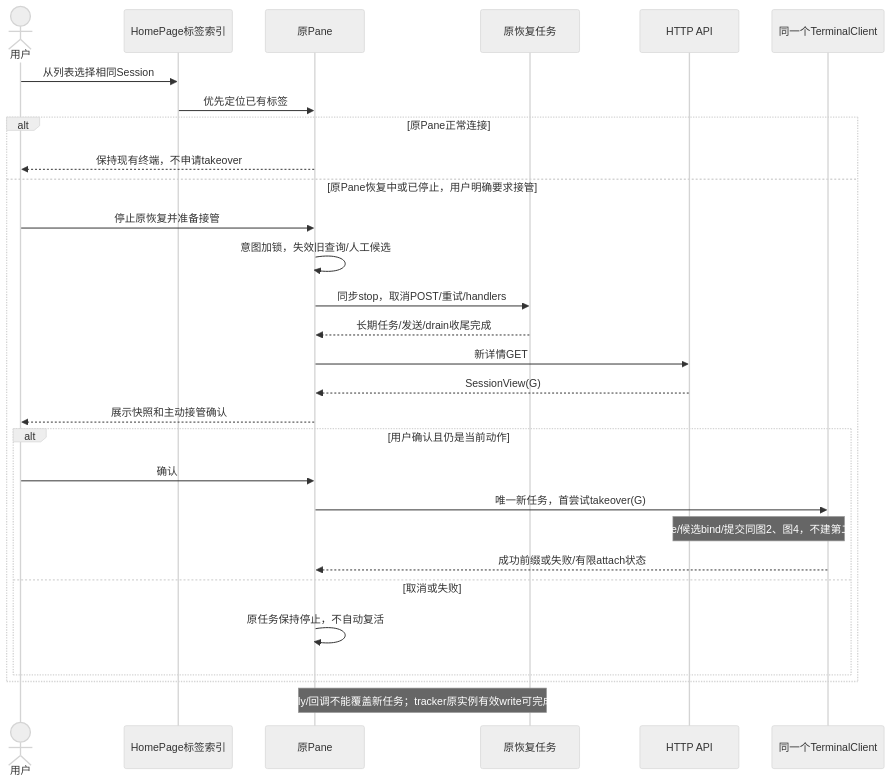
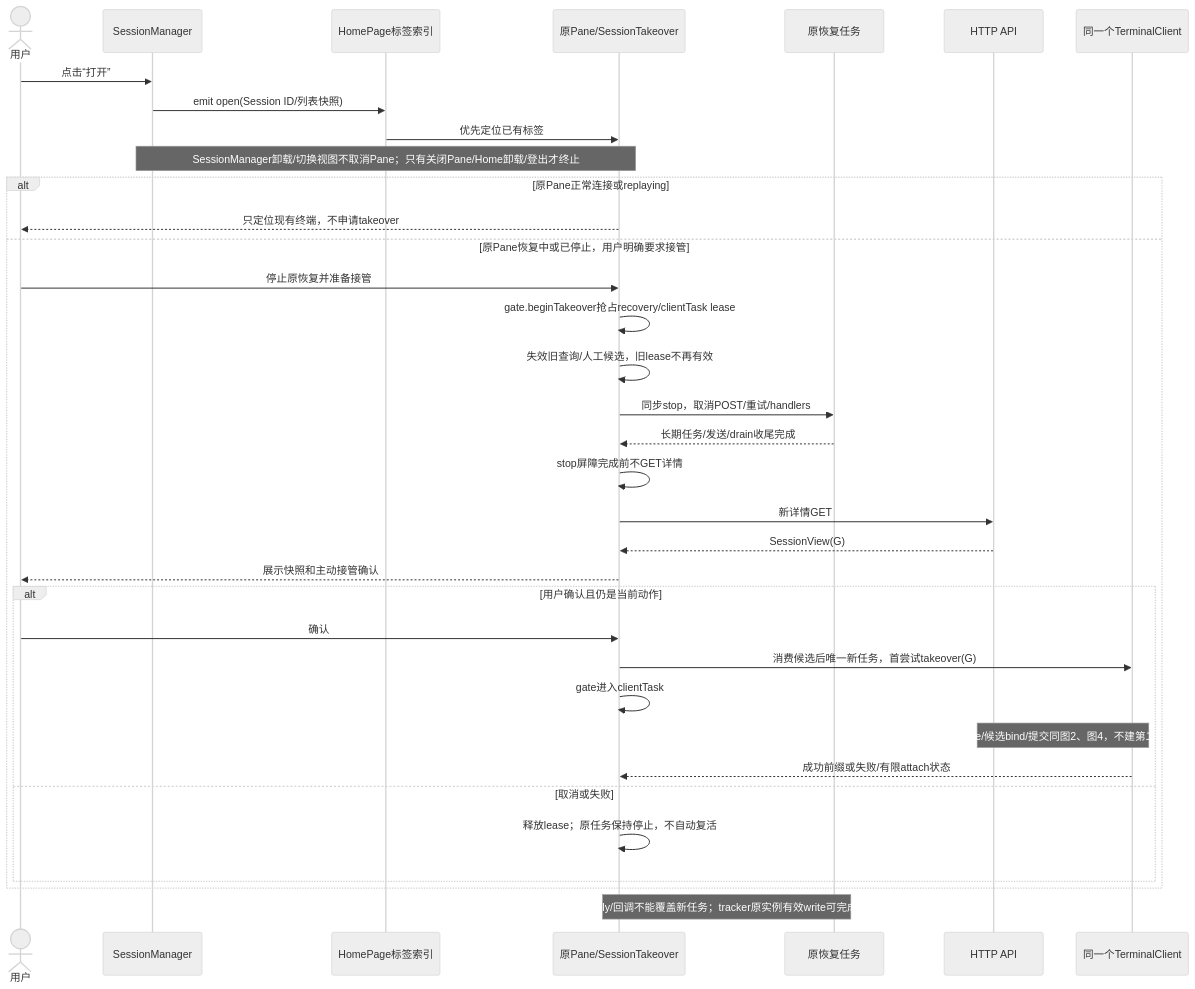
The third of 11 diagrams in doc/stage-5-implementation-plan.md (stearsc/web-ssh), drawn with Mermaid (neutral theme) before and after one commit. The commit also changed other lines of this file and 4 other files, not shown here.

````diff
--- a/doc/stage-5-implementation-plan.md
+++ b/doc/stage-5-implementation-plan.md
@@ -449,31 +584,37 @@
 ```mermaid
 sequenceDiagram
     actor U as 用户
+    participant M as SessionManager
     participant H as HomePage标签索引
-    participant P as 原Pane
+    participant P as 原Pane/SessionTakeover
     participant R as 原恢复任务
     participant API as HTTP API
     participant C as 同一个TerminalClient
-    U->>H: 从列表选择相同Session
+    U->>M: 点击“打开”
+    M->>H: emit open(Session ID/列表快照)
     H->>P: 优先定位已有标签
-    alt 原Pane正常连接
-        P-->>U: 保持现有终端，不申请takeover
+    Note over M,P: SessionManager卸载/切换视图不取消Pane；只有关闭Pane/Home卸载/登出才终止
+    alt 原Pane正常连接或replaying
+        P-->>U: 只定位现有终端，不申请takeover
     else 原Pane恢复中或已停止，用户明确要求接管
         U->>P: 停止原恢复并准备接管
-        P->>P: 意图加锁，失效旧查询/人工候选
+        P->>P: gate.beginTakeover抢占recovery/clientTask lease
+        P->>P: 失效旧查询/人工候选，旧lease不再有效
         P->>R: 同步stop，取消POST/重试/handlers
         R-->>P: 长期任务/发送/drain收尾完成
+        P->>P: stop屏障完成前不GET详情
         P->>API: 新详情GET
         API-->>P: SessionView(G)
         P-->>U: 展示快照和主动接管确认
         alt 用户确认且仍是当前动作
             U->>P: 确认
-            P->>C: 唯一新任务，首尝试takeover(G)
+            P->>C: 消费候选后唯一新任务，首尝试takeover(G)
+            P->>P: gate进入clientTask
             Note over C,API: Prepare/候选bind/提交同图2、图4，不建第二Client
             C-->>P: 成功前缀或失败/有限attach状态
         else 取消或失败
-            P->>P: 原任务保持停止，不自动复活
+            P->>P: 释放lease；原任务保持停止，不自动复活
         end
     end
     Note over P,R: 旧finally/回调不能覆盖新任务；tracker原实例有效write可完成drain
 ```
````
